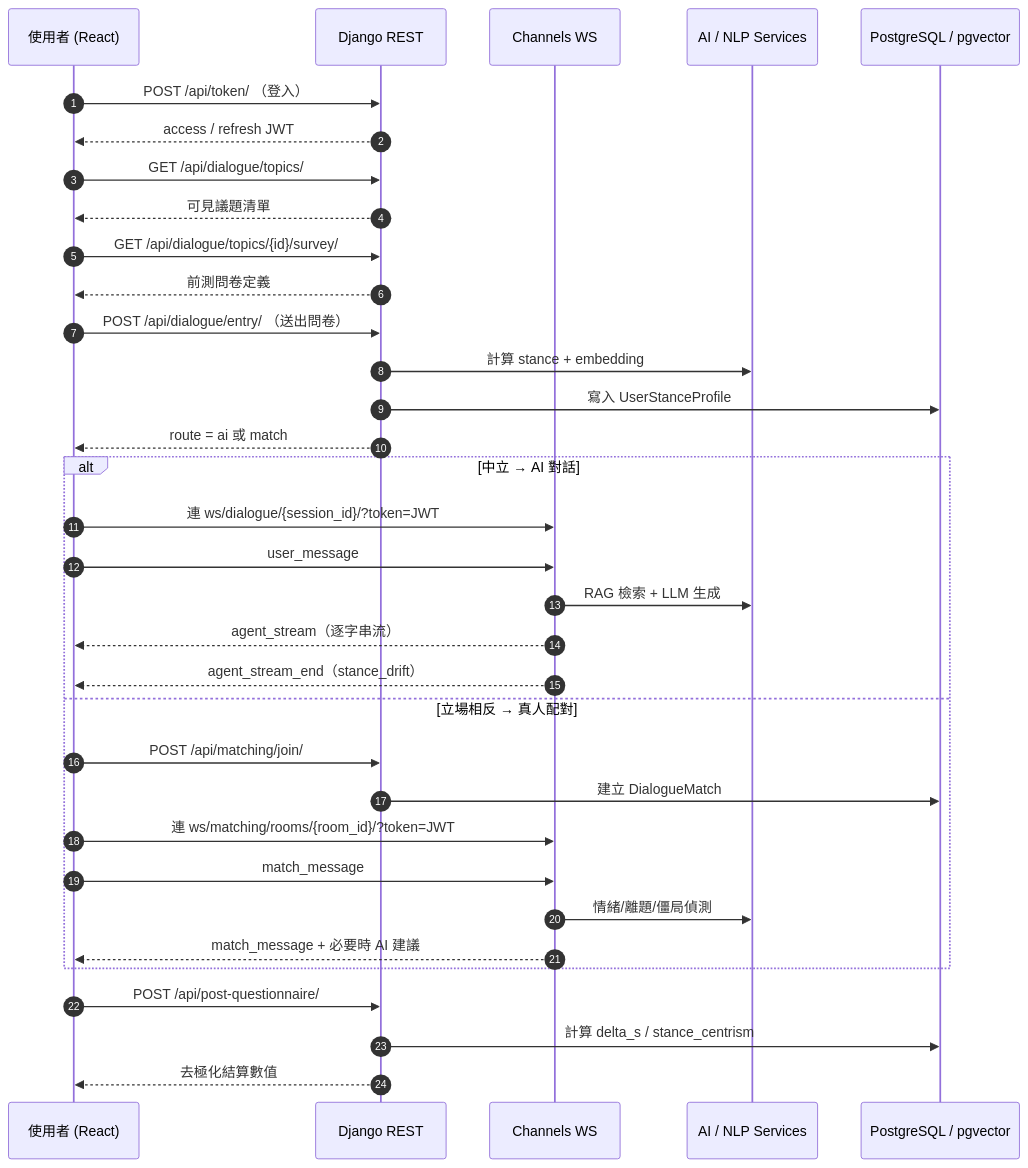
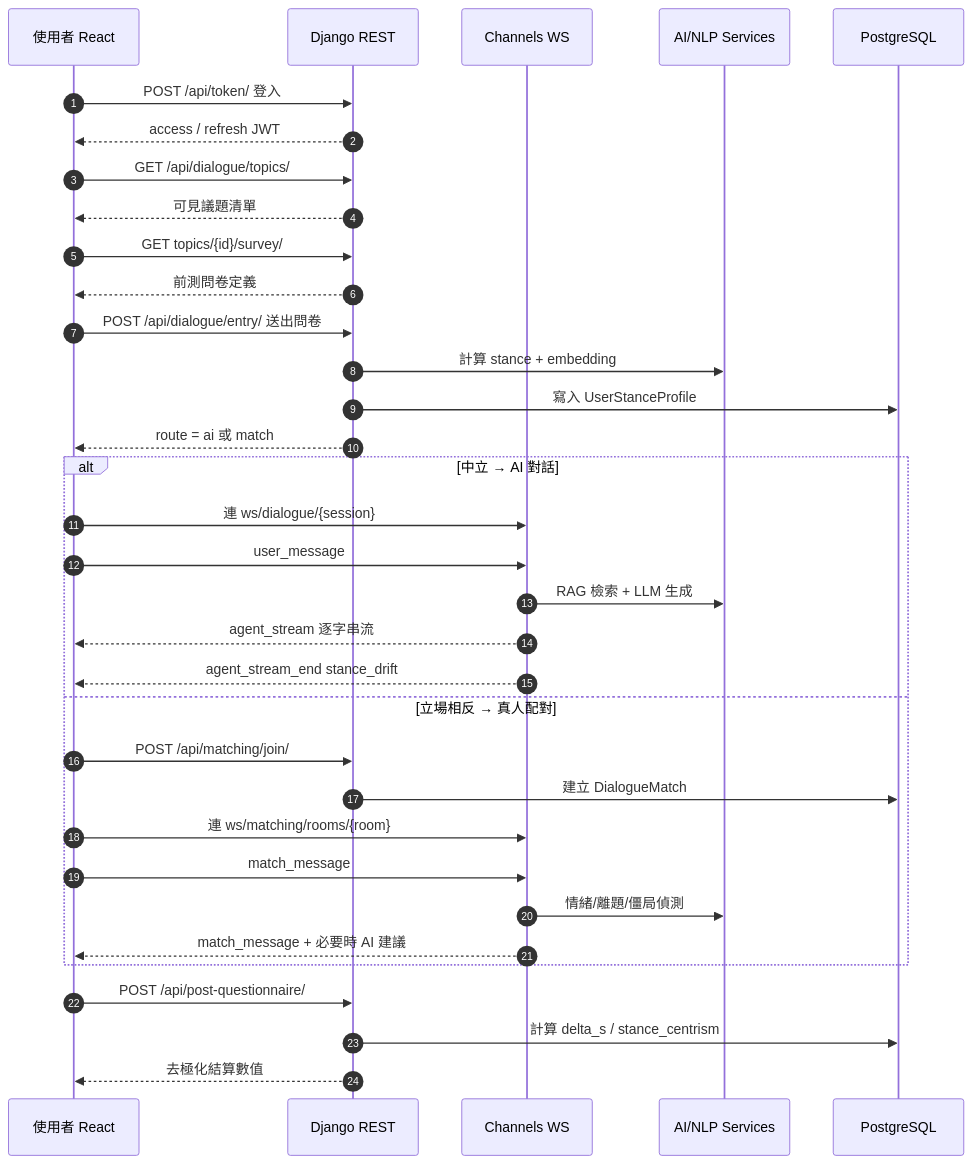
One commit to Ceeeuu/TakeAbridge-Portfolio changed the fourth of 6 diagrams in ARCHITECTURE.md. Above: the diagram before and after it, drawn with Mermaid. The commit also changed other lines of this file, not shown here.

Commit message:
fix(docs): rewrite mermaid diagrams with widely-compatible syntax

````diff
--- a/ARCHITECTURE.md
+++ b/ARCHITECTURE.md
@@ -138,41 +138,41 @@
 ```mermaid
 sequenceDiagram
     autonumber
-    participant U as 使用者 (React)
+    participant U as 使用者 React
     participant API as Django REST
     participant WS as Channels WS
-    participant AI as AI / NLP Services
-    participant DB as PostgreSQL / pgvector
+    participant AI as AI/NLP Services
+    participant DB as PostgreSQL
 
-    U->>API: POST /api/token/ （登入）
+    U->>API: POST /api/token/ 登入
     API-->>U: access / refresh JWT
 
     U->>API: GET /api/dialogue/topics/
     API-->>U: 可見議題清單
 
-    U->>API: GET /api/dialogue/topics/{id}/survey/
+    U->>API: GET topics/{id}/survey/
     API-->>U: 前測問卷定義
-    U->>API: POST /api/dialogue/entry/ （送出問卷）
+    U->>API: POST /api/dialogue/entry/ 送出問卷
     API->>AI: 計算 stance + embedding
     API->>DB: 寫入 UserStanceProfile
     API-->>U: route = ai 或 match
 
     alt 中立 → AI 對話
-        U->>WS: 連 ws/dialogue/{session_id}/?token=JWT
+        U->>WS: 連 ws/dialogue/{session}
         U->>WS: user_message
         WS->>AI: RAG 檢索 + LLM 生成
-        WS-->>U: agent_stream（逐字串流）
-        WS-->>U: agent_stream_end（stance_drift）
+        WS-->>U: agent_stream 逐字串流
+        WS-->>U: agent_stream_end stance_drift
     else 立場相反 → 真人配對
         U->>API: POST /api/matching/join/
         API->>DB: 建立 DialogueMatch
-        U->>WS: 連 ws/matching/rooms/{room_id}/?token=JWT
+        U->>WS: 連 ws/matching/rooms/{room}
         U->>WS: match_message
         WS->>AI: 情緒/離題/僵局偵測
         WS-->>U: match_message + 必要時 AI 建議
     end
 
     U->>API: POST /api/post-questionnaire/
     API->>DB: 計算 delta_s / stance_centrism
     API-->>U: 去極化結算數值
 ```
````
